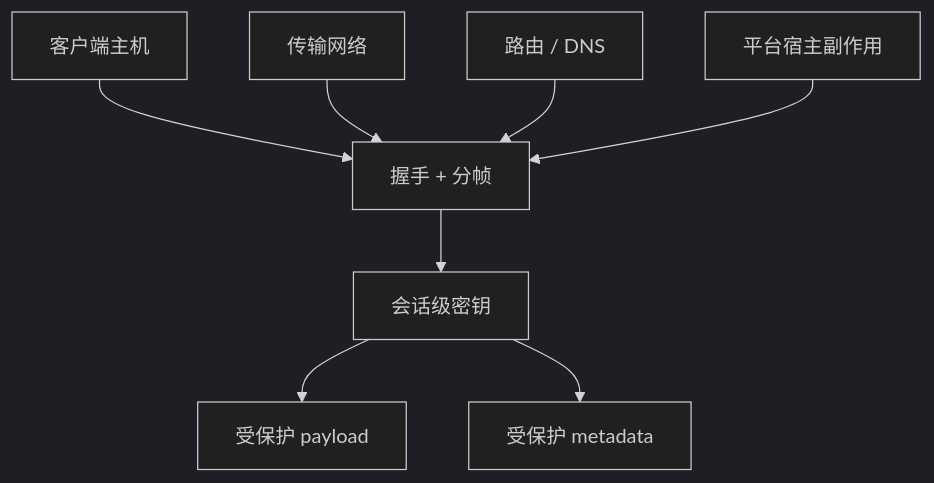
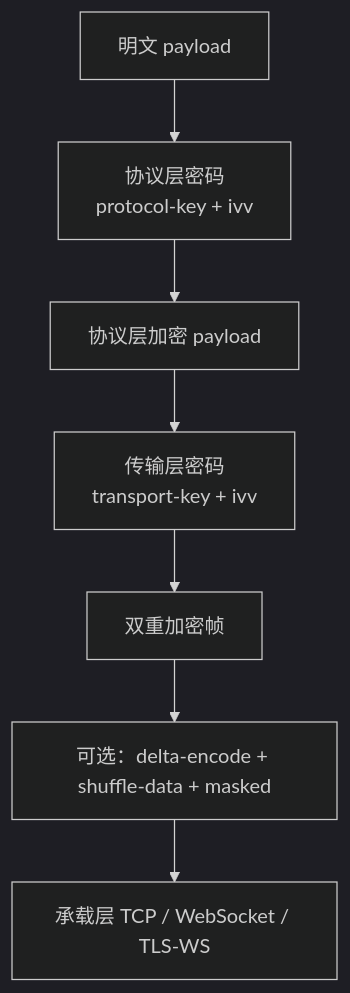
Before and after one commit to HyacinthHaru/openppp2: the second of 7 diagrams in docs/SECURITY_CN.md, drawn with Mermaid (dark theme). The commit also changed other lines of this file and 93 other files, not shown here.

````diff
--- a/docs/SECURITY_CN.md
+++ b/docs/SECURITY_CN.md
@@ -72,10 +71,9 @@
 ```mermaid
 flowchart TD
-    A[客户端主机] --> B[握手 + 分帧]
-    C[传输网络] --> B
-    B --> D[会话级密钥]
-    D --> E[受保护 payload]
-    D --> F[受保护 metadata]
-    G[路由 / DNS] --> B
-    H[平台宿主副作用] --> B
+    A[明文 payload] --> B[协议层密码\nprotocol-key + ivv]
+    B --> C[协议层加密 payload]
+    C --> D[传输层密码\ntransport-key + ivv]
+    D --> E[双重加密帧]
+    E --> F[可选：delta-encode + shuffle-data + masked]
+    F --> G[承载层 TCP / WebSocket / TLS-WS]
 ```
````
